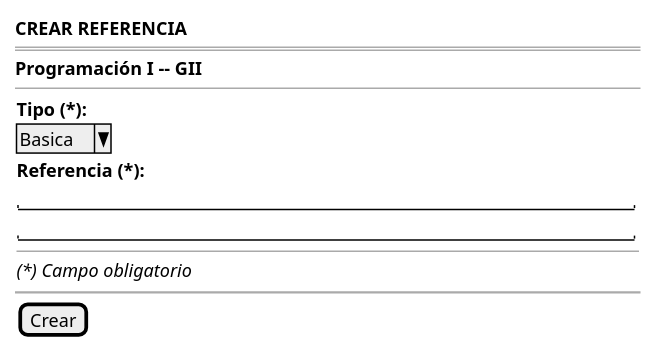
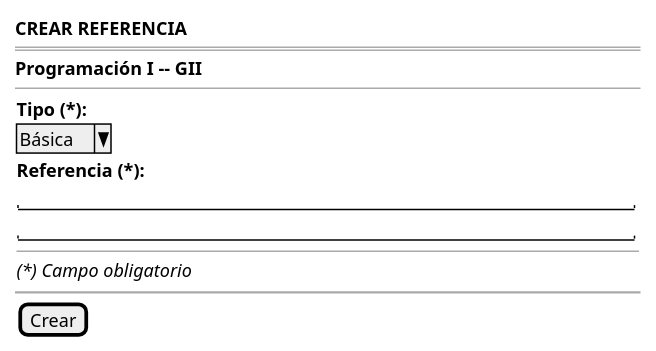
Before and after one commit to mmasias/pyCeldaPublico: the diagram in RUP/01-requisitos/03-detalle-casos-uso/crearReferenciaBibliografica/wireframes.puml, drawn with PlantUML. The commit also changed 16 other files, not shown here.

```diff
--- a/RUP/01-requisitos/03-detalle-casos-uso/crearReferenciaBibliografica/wireframes.puml
+++ b/RUP/01-requisitos/03-detalle-casos-uso/crearReferenciaBibliografica/wireframes.puml
@@ -1,19 +1,19 @@
 @startsalt crearReferenciaBibliografica-wireframe
 {
     <b>CREAR REFERENCIA</b>
     ====
     <b>Programación I -- GII</b>
     --
     {
         <b>Tipo (*):</b>
-        ^Basica^
+        ^Básica^
         <b>Referencia (*):</b>
         "                                                   "
         "                                                   "
         --
         <i>(*) Campo obligatorio</i>
     }
     ~~
     {[Crear]}
 }
 @endsalt
```
